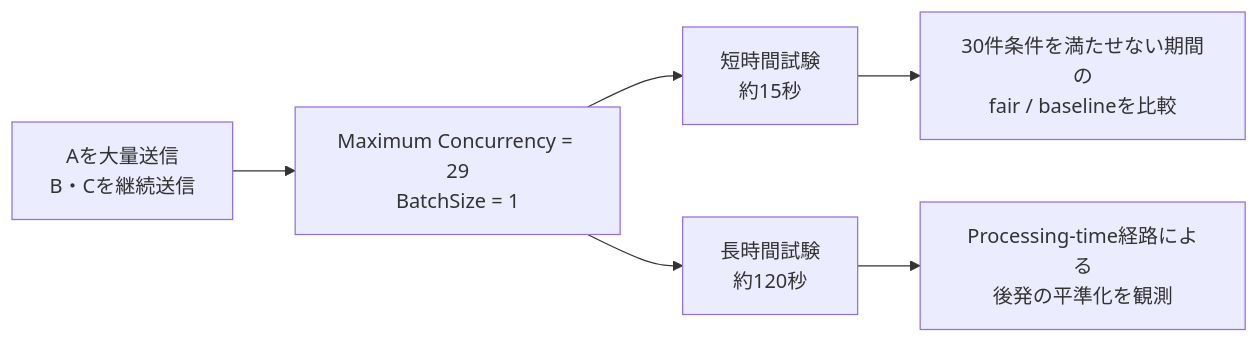
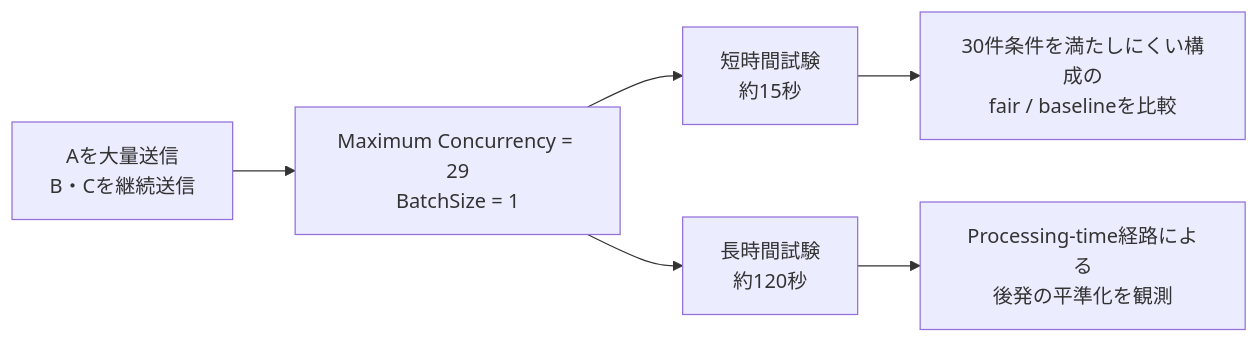
Before and after one commit to clep-raggedcloth/sqs-fair-queues-lab: the fifth of 5 diagrams in README.md, drawn with Mermaid. The commit also changed other lines of this file and 16 other files, not shown here.

````diff
--- a/README.md
+++ b/README.md
@@ -190,8 +223,8 @@
 ```mermaid
 flowchart LR
     Load["Aを大量送信<br/>B・Cを継続送信"] --> Limit["Maximum Concurrency = 29<br/>BatchSize = 1"]
     Limit --> Short["短時間試験<br/>約15秒"]
     Limit --> Long["長時間試験<br/>約120秒"]
-    Short --> CountResult["30件条件を満たせない期間の<br/>fair / baselineを比較"]
+    Short --> CountResult["30件条件を満たしにくい構成の<br/>fair / baselineを比較"]
     Long --> TimeResult["Processing-time経路による<br/>後発の平準化を観測"]
 ```
````
